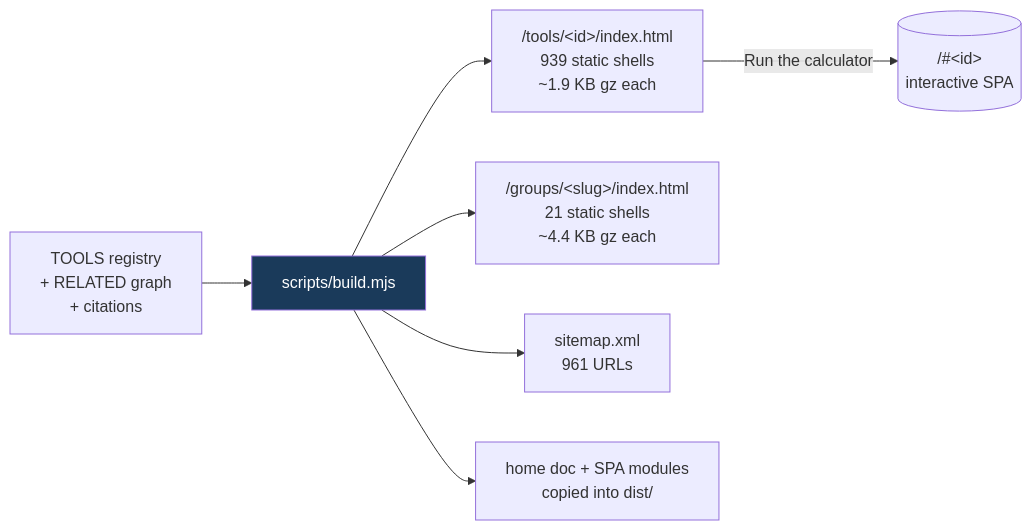
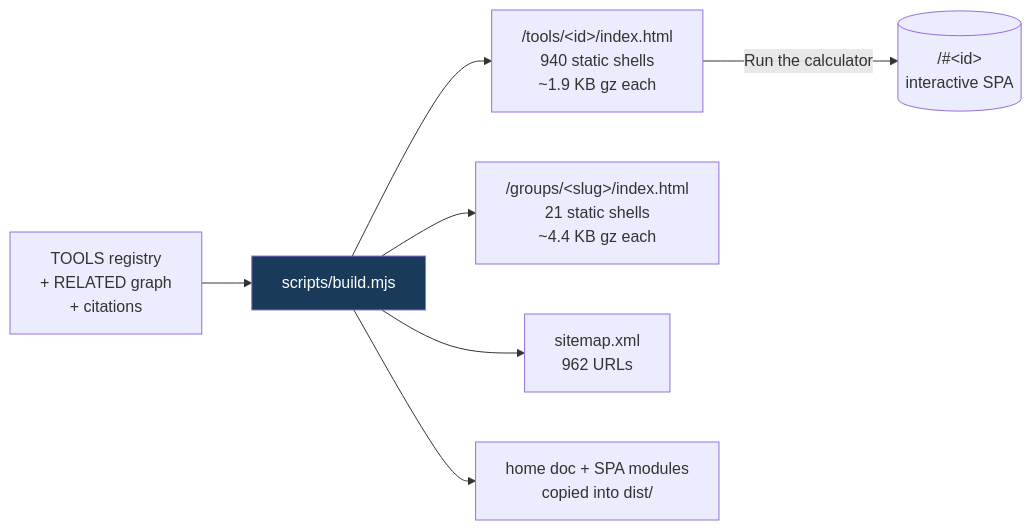
Before and after one commit to clay-good/roughlogic.com: the fifth of 8 diagrams in README.md, drawn with Mermaid. The commit also changed other lines of this file and 18 other files, not shown here.

````diff
--- a/README.md
+++ b/README.md
@@ -495,10 +495,10 @@
 ```mermaid
 flowchart LR
     SRC[TOOLS registry\n+ RELATED graph\n+ citations] --> BUILD[scripts/build.mjs]
-    BUILD --> TILE["/tools/&lt;id&gt;/index.html\n939 static shells\n~1.9 KB gz each"]
+    BUILD --> TILE["/tools/&lt;id&gt;/index.html\n940 static shells\n~1.9 KB gz each"]
     BUILD --> GROUP["/groups/&lt;slug&gt;/index.html\n21 static shells\n~4.4 KB gz each"]
-    BUILD --> MAP["sitemap.xml\n961 URLs"]
+    BUILD --> MAP["sitemap.xml\n962 URLs"]
     BUILD --> COPY[home doc + SPA modules\ncopied into dist/]
     TILE -->|Run the calculator| SPA[("/#&lt;id&gt;\ninteractive SPA")]
     style BUILD fill:#1a3a5a,color:#fff
 ```
````
